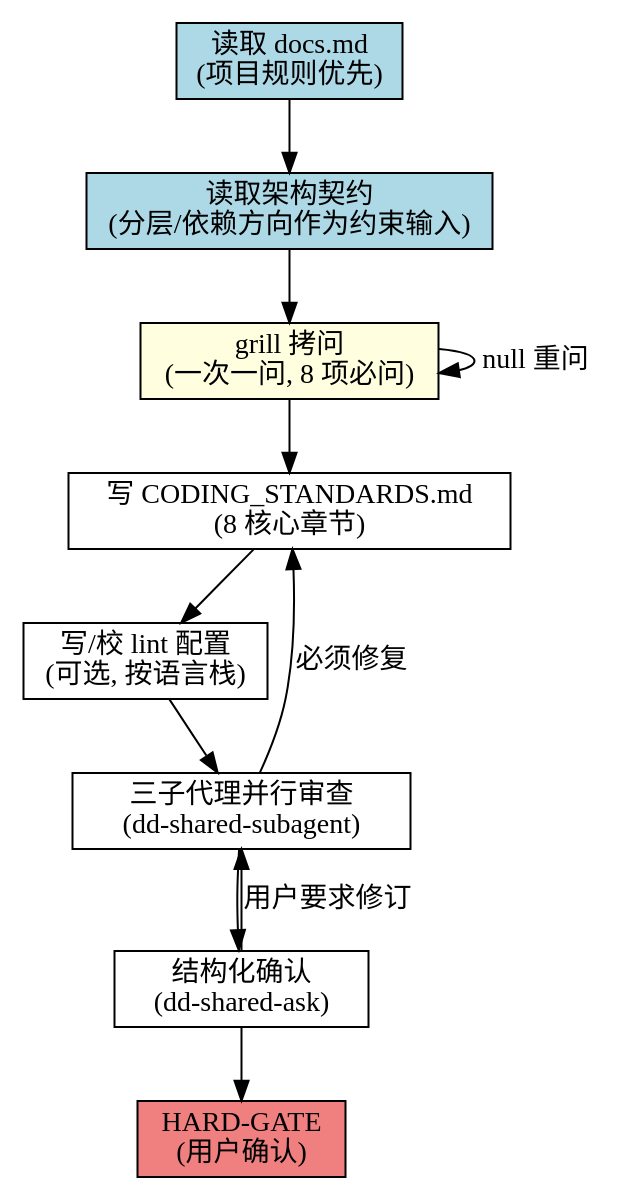
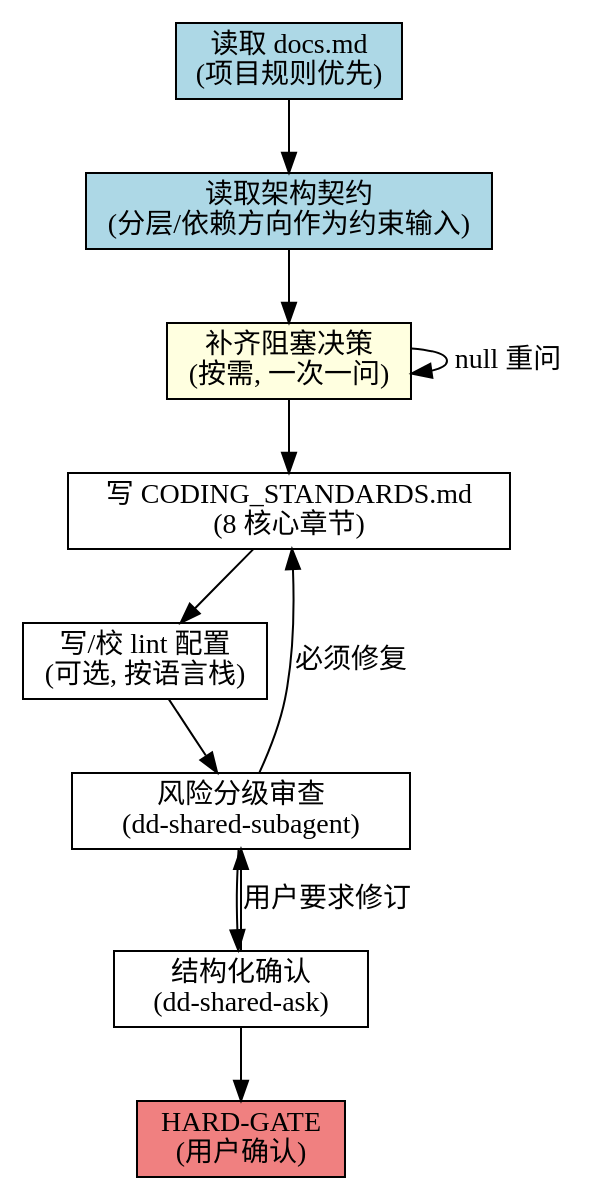
Before and after one commit to marcocpt/trae_skills: the second of 3 diagrams in dd-write-coding-standards/SKILL.md, drawn with Graphviz. The commit also changed other lines of this file and 2 other files, not shown here.

Commit message:
refactor(skills): align architecture quality and host rules

````diff
--- a/dd-write-coding-standards/SKILL.md
+++ b/dd-write-coding-standards/SKILL.md
@@ -111,19 +129,19 @@
 ```dot
 digraph coding_standards_flow {
     rankdir=TB;
     node [shape=box];
     read_docs [label="读取 docs.md\n(项目规则优先)", shape=box, style=filled, fillcolor=lightblue];
     read_arch [label="读取架构契约\n(分层/依赖方向作为约束输入)", shape=box, style=filled, fillcolor=lightblue];
-    grill [label="grill 拷问\n(一次一问, 8 项必问)", shape=box, style=filled, fillcolor=lightyellow];
+    grill [label="补齐阻塞决策\n(按需, 一次一问)", shape=box, style=filled, fillcolor=lightyellow];
     write_core [label="写 CODING_STANDARDS.md\n(8 核心章节)"];
     write_lint [label="写/校 lint 配置\n(可选, 按语言栈)"];
-    review [label="三子代理并行审查\n(dd-shared-subagent)"];
+    review [label="风险分级审查\n(dd-shared-subagent)"];
     ask [label="结构化确认\n(dd-shared-ask)"];
     gate [label="HARD-GATE\n(用户确认)", shape=box, style=filled, fillcolor=lightcoral];
 
     read_docs -> read_arch -> grill -> write_core -> write_lint -> review -> ask -> gate;
     grill -> grill [label="null 重问"];
     review -> write_core [label="必须修复"];
     ask -> review [label="用户要求修订"];
 }
 ```
````
